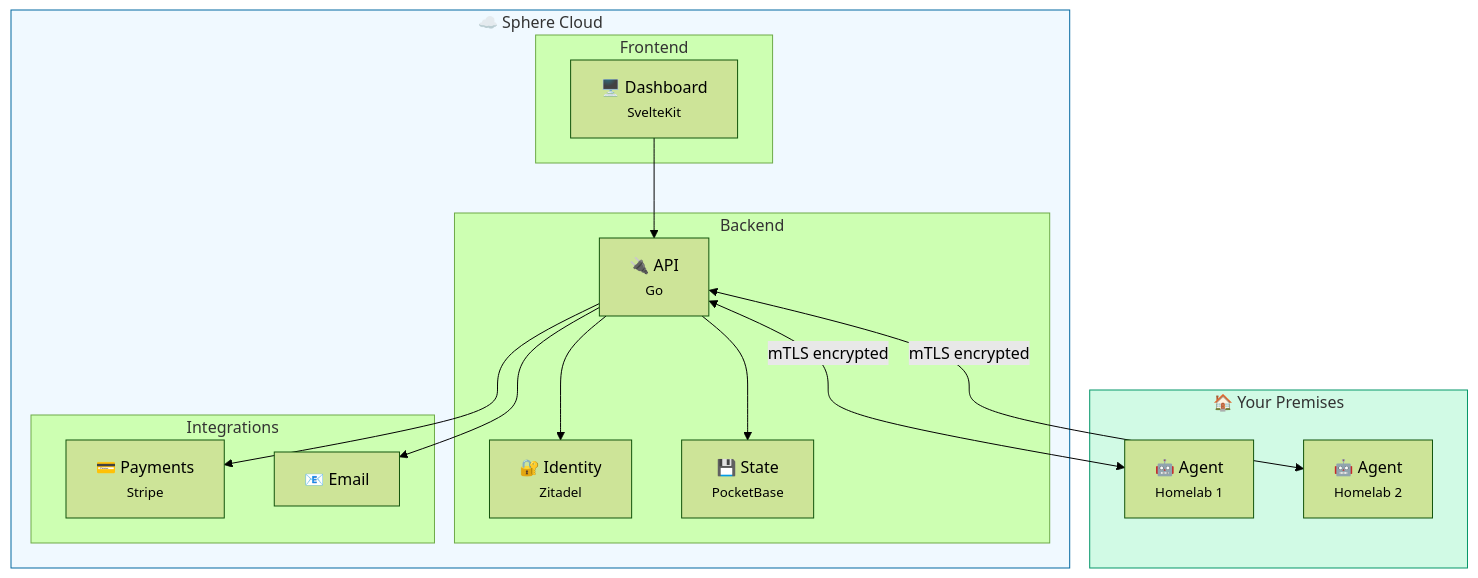
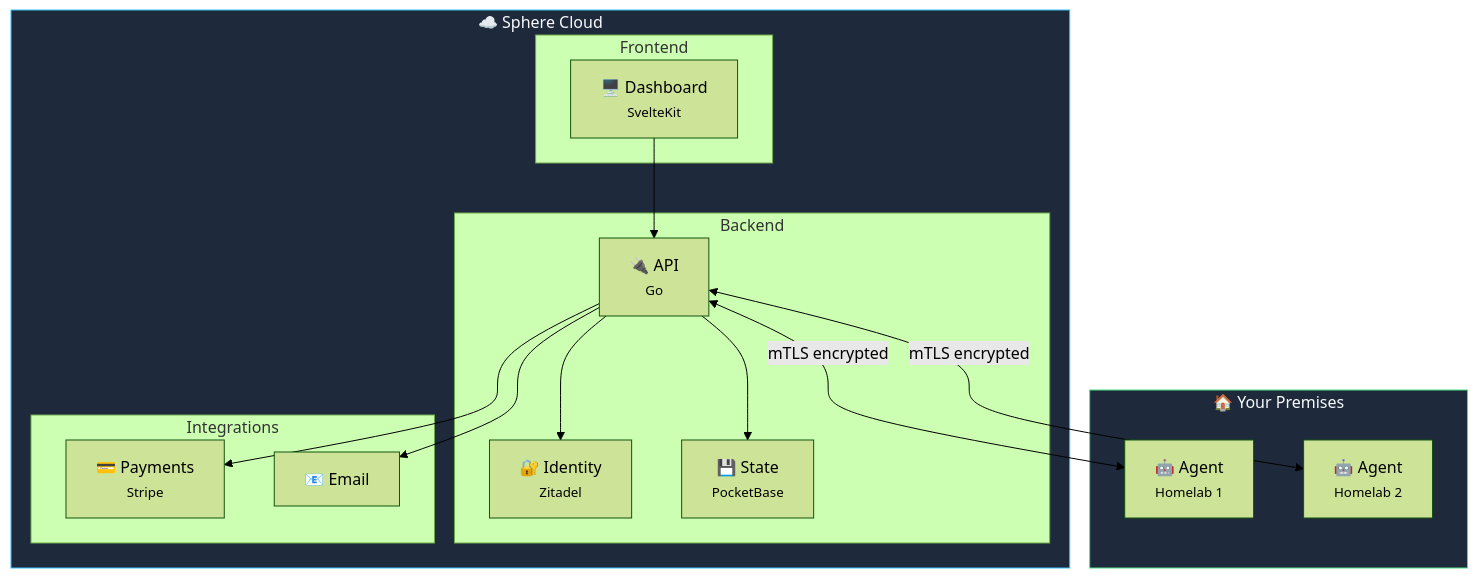
The second of 3 diagrams in sphere/overview.mdx (KombiverseLabs/docs), drawn with Mermaid (forest theme) before and after one commit. The commit also changed other lines of this file and 33 other files, not shown here.

````diff
--- a/sphere/overview.mdx
+++ b/sphere/overview.mdx
@@ -120,36 +120,36 @@
 ```mermaid
 graph TB
     subgraph Cloud["☁️ Sphere Cloud"]
         subgraph Frontend["Frontend"]
             SvelteKit["🖥️ Dashboard<br/><small>SvelteKit</small>"]
         end
         
         subgraph Backend["Backend"]
             API["🔌 API<br/><small>Go</small>"]
             Auth["🔐 Identity<br/><small>Zitadel</small>"]
             PB["💾 State<br/><small>PocketBase</small>"]
         end
         
         subgraph Integrations["Integrations"]
             Stripe["💳 Payments<br/><small>Stripe</small>"]
             SMTP["📧 Email"]
         end
     end
     
     subgraph OnPrem["🏠 Your Premises"]
         Agent1["🤖 Agent<br/><small>Homelab 1</small>"]
         Agent2["🤖 Agent<br/><small>Homelab 2</small>"]
     end
     
     SvelteKit --> API
     API --> Auth
     API --> PB
     API --> Stripe
     API --> SMTP
     
     API <-->|"mTLS encrypted"| Agent1
     API <-->|"mTLS encrypted"| Agent2
     
-    style Cloud fill:#f0f9ff,stroke:#0369a1
-    style OnPrem fill:#d1fae5,stroke:#059669
+    style Cloud fill:#1e293b,stroke:#38bdf8,color:#f8fafc
+    style OnPrem fill:#1e293b,stroke:#4ade80,color:#f8fafc
 ```
````
